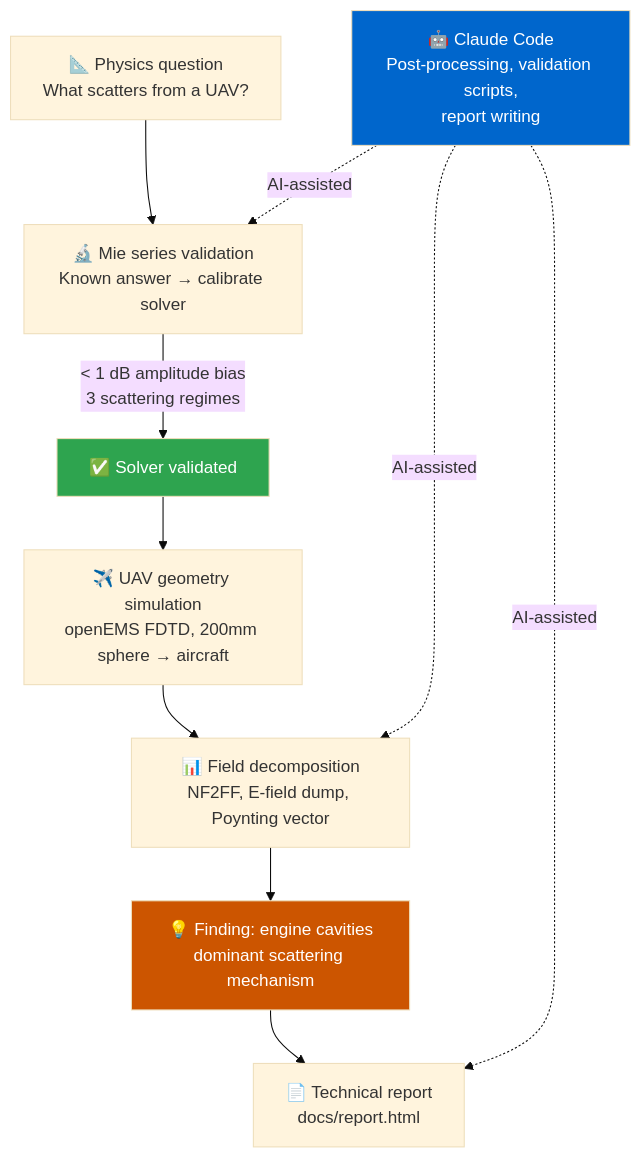
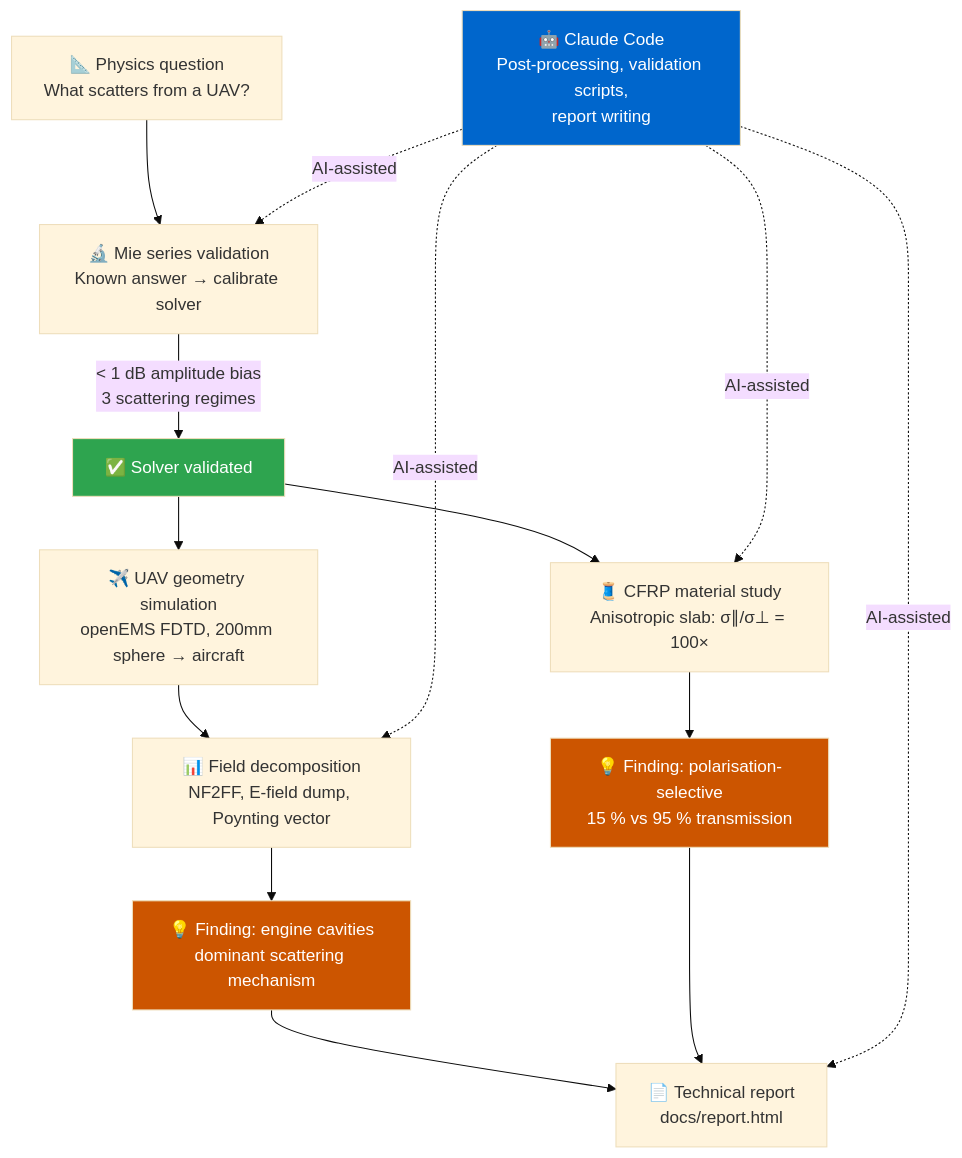
The diagram in linkedin_article_draft.md (lpurdy01/rcs), drawn with Mermaid (base theme) before and after one commit. The commit also changed other lines of this file and 11 other files, not shown here.

````diff
--- a/linkedin_article_draft.md
+++ b/linkedin_article_draft.md
@@ -127,17 +151,22 @@
 ```mermaid
 flowchart TD
     A["📐 Physics question\nWhat scatters from a UAV?"] --> B["🔬 Mie series validation\nKnown answer → calibrate solver"]
     B -->|"< 1 dB amplitude bias\n3 scattering regimes"| C["✅ Solver validated"]
     C --> D["✈️ UAV geometry simulation\nopenEMS FDTD, 200mm sphere → aircraft"]
     D --> E["📊 Field decomposition\nNF2FF, E-field dump, Poynting vector"]
     E --> F["💡 Finding: engine cavities\ndominant scattering mechanism"]
+    C --> M["🧵 CFRP material study\nAnisotropic slab: σ∥/σ⊥ = 100×"]
+    M --> N["💡 Finding: polarisation-selective\n15 % vs 95 % transmission"]
     F --> G["📄 Technical report\ndocs/report.html"]
+    N --> G
 
     H["🤖 Claude Code\nPost-processing, validation scripts,\nreport writing"] -.->|"AI-assisted"| B
     H -.->|"AI-assisted"| E
+    H -.->|"AI-assisted"| M
     H -.->|"AI-assisted"| G
 
     style C fill:#2ea44f,color:#fff
     style F fill:#cc5500,color:#fff
+    style N fill:#cc5500,color:#fff
     style H fill:#0066cc,color:#fff
 ```
````
